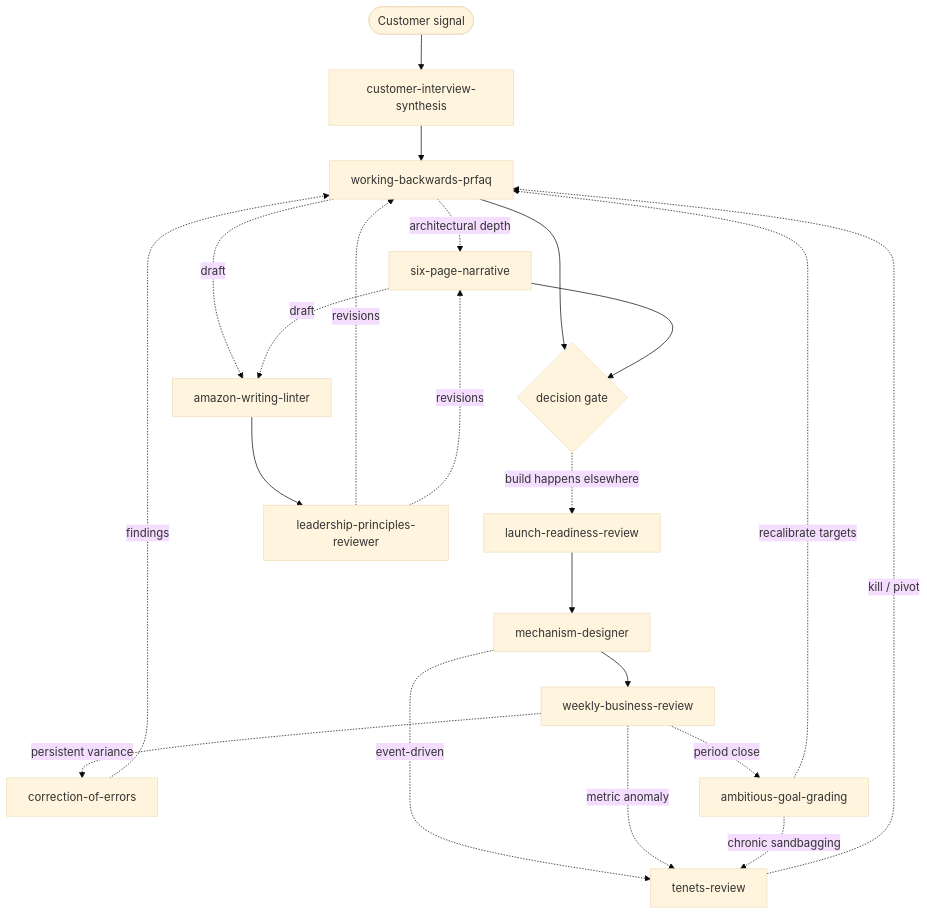
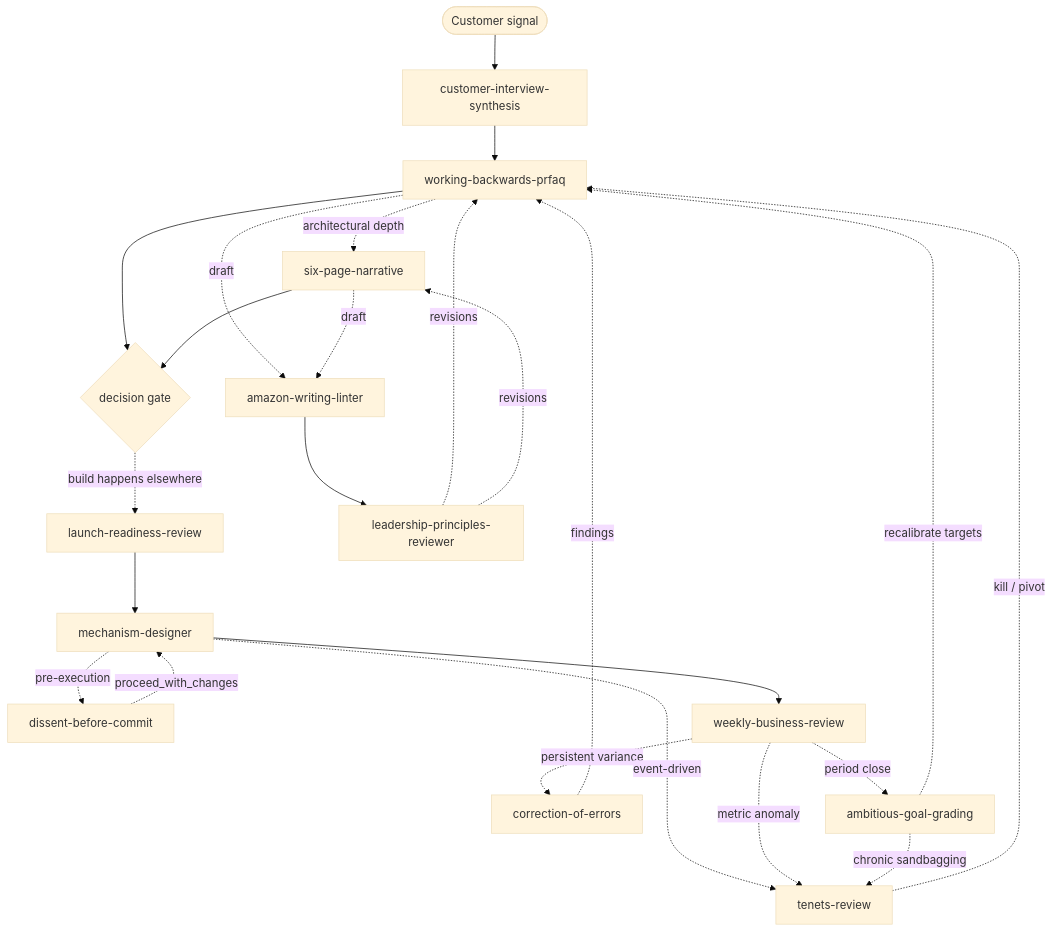
The diagram in README.md (ford-at-home/amazonian), drawn with Mermaid (base theme) before and after one commit. The commit also changed other lines of this file and 13 other files, not shown here.

First line of the commit message:
feat(skills): add dissent-before-commit (DESIGN, execution-time gate)

````diff
--- a/README.md
+++ b/README.md
@@ -42,25 +42,27 @@
 ```mermaid
 flowchart TD
     Signal([Customer signal]) --> CIS[customer-interview-synthesis]
     CIS --> PRFAQ[working-backwards-prfaq]
     PRFAQ -.->|architectural depth| SIX[six-page-narrative]
     PRFAQ --> GATE{decision gate}
     SIX --> GATE
     GATE -.->|build happens elsewhere| LRR[launch-readiness-review]
     LRR --> MECH[mechanism-designer]
+    MECH -.->|pre-execution| DBC[dissent-before-commit]
+    DBC -.->|proceed_with_changes| MECH
     MECH --> WBR[weekly-business-review]
     WBR -.->|persistent variance| COE[correction-of-errors]
     COE -.->|findings| PRFAQ
     MECH -.->|event-driven| TR[tenets-review]
     WBR -.->|metric anomaly| TR
     TR -.->|kill / pivot| PRFAQ
     WBR -.->|period close| AGG[ambitious-goal-grading]
     AGG -.->|chronic sandbagging| TR
     AGG -.->|recalibrate targets| PRFAQ
 
     PRFAQ -.->|draft| LINT[amazon-writing-linter]
     SIX -.->|draft| LINT
     LINT --> LPR[leadership-principles-reviewer]
     LPR -.->|revisions| PRFAQ
     LPR -.->|revisions| SIX
 ```
````
